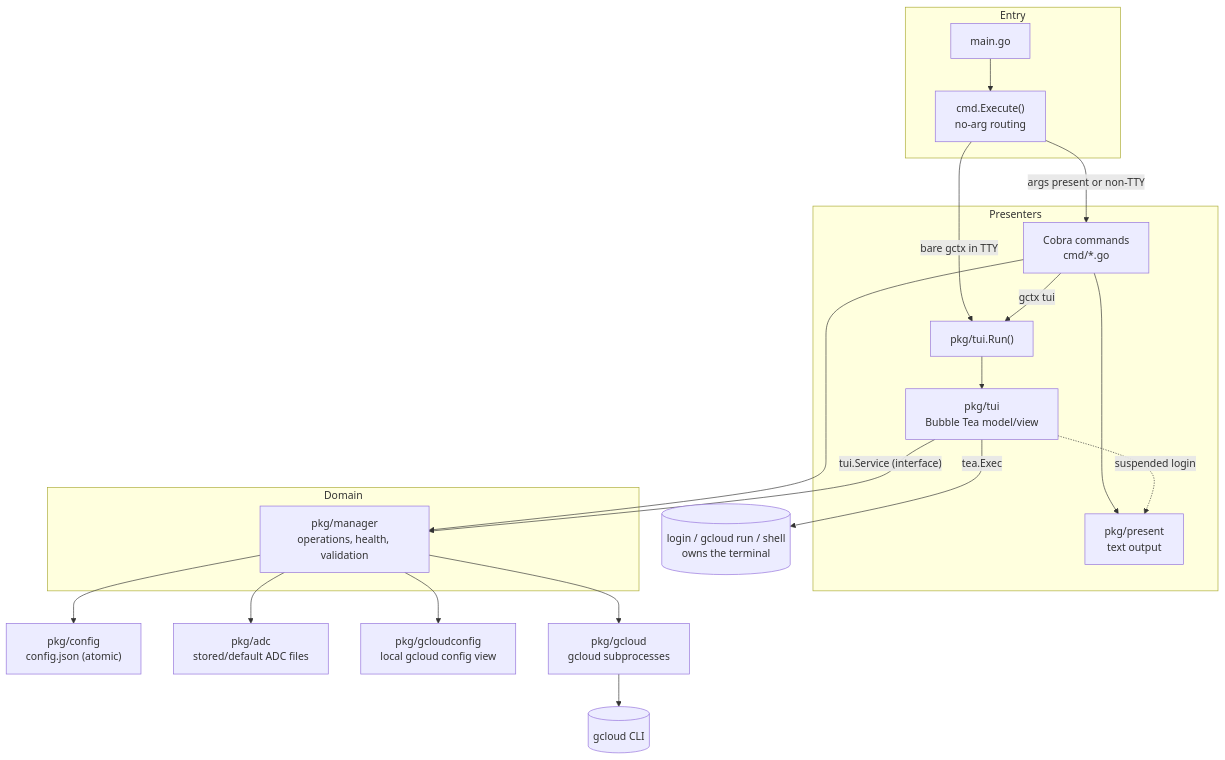
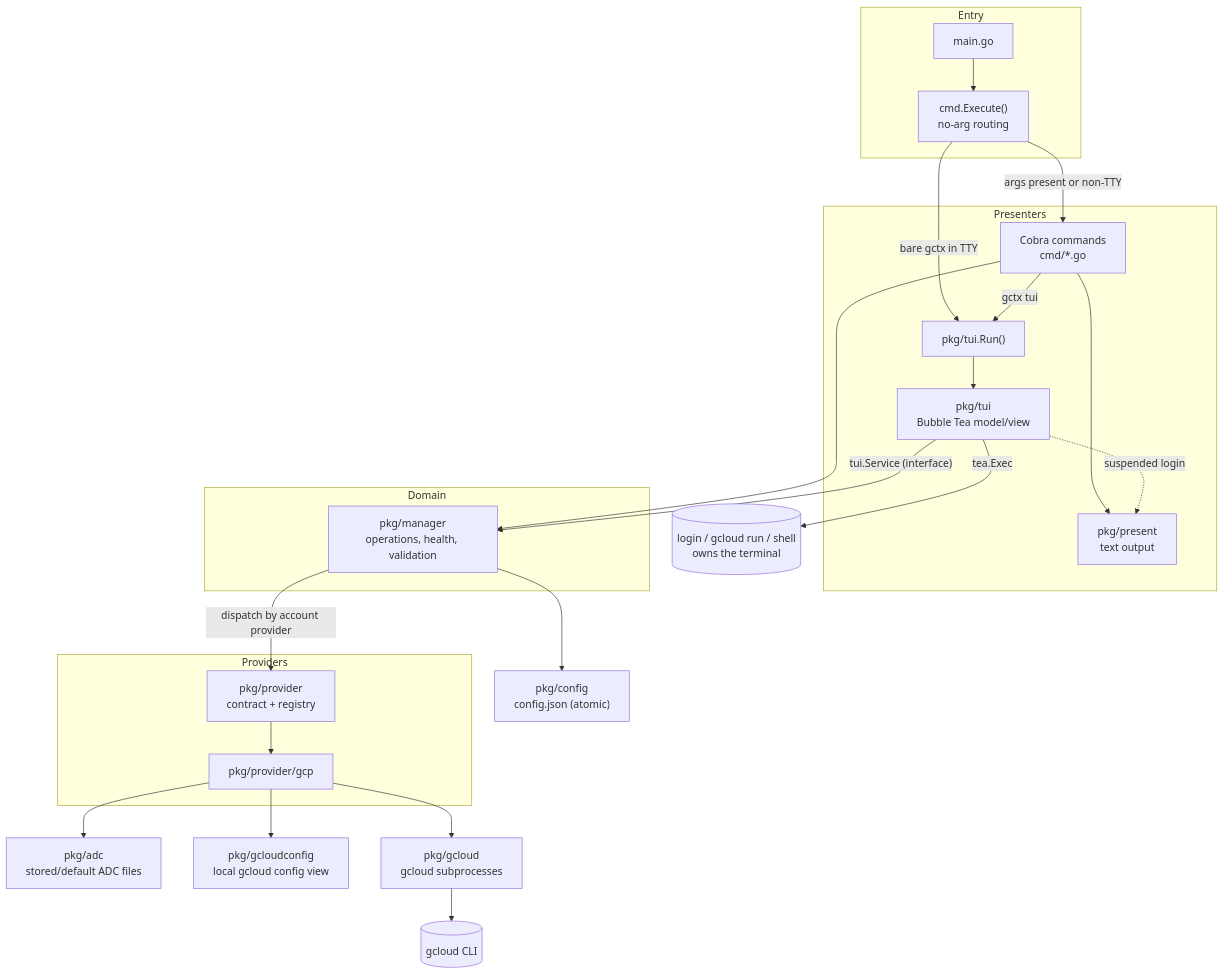
The diagram in readthedocs/docs/architecture.md (k0wl0n/gctx), drawn with Mermaid before and after one commit. The commit also changed other lines of this file and 9 other files, not shown here.

First line of the commit message:
feat(manager): dispatch account operations by provider

````diff
--- a/readthedocs/docs/architecture.md
+++ b/readthedocs/docs/architecture.md
@@ -48,29 +48,35 @@
 ```mermaid
 flowchart TB
   subgraph entry[Entry]
     main[main.go] --> exec["cmd.Execute()<br/>no-arg routing"]
   end
   exec -->|args present or non-TTY| cobra[Cobra commands<br/>cmd/*.go]
   exec -->|bare gctx in TTY| tuiRun
   cobra -->|gctx tui| tuiRun["pkg/tui.Run()"]
 
   subgraph presenters[Presenters]
     cobra --> present["pkg/present<br/>text output"]
     tuiRun --> model["pkg/tui<br/>Bubble Tea model/view"]
     model -. suspended login .-> present
   end
 
   cobra --> mgr
   model -->|"tui.Service (interface)"| mgr
 
   subgraph domain[Domain]
     mgr["pkg/manager<br/>operations, health, validation"]
   end
 
   mgr --> cfg["pkg/config<br/>config.json (atomic)"]
-  mgr --> adcp["pkg/adc<br/>stored/default ADC files"]
-  mgr --> gcc["pkg/gcloudconfig<br/>local gcloud config view"]
-  mgr --> gcl["pkg/gcloud<br/>gcloud subprocesses"]
+  mgr -->|"dispatch by account provider"| reg["pkg/provider<br/>contract + registry"]
+
+  subgraph providers[Providers]
+    reg --> gcpp["pkg/provider/gcp"]
+  end
+
+  gcpp --> adcp["pkg/adc<br/>stored/default ADC files"]
+  gcpp --> gcc["pkg/gcloudconfig<br/>local gcloud config view"]
+  gcpp --> gcl["pkg/gcloud<br/>gcloud subprocesses"]
   gcl --> gcloudbin[(gcloud CLI)]
   model -->|tea.Exec| child[(login / gcloud run / shell<br/>owns the terminal)]
 ```
````
